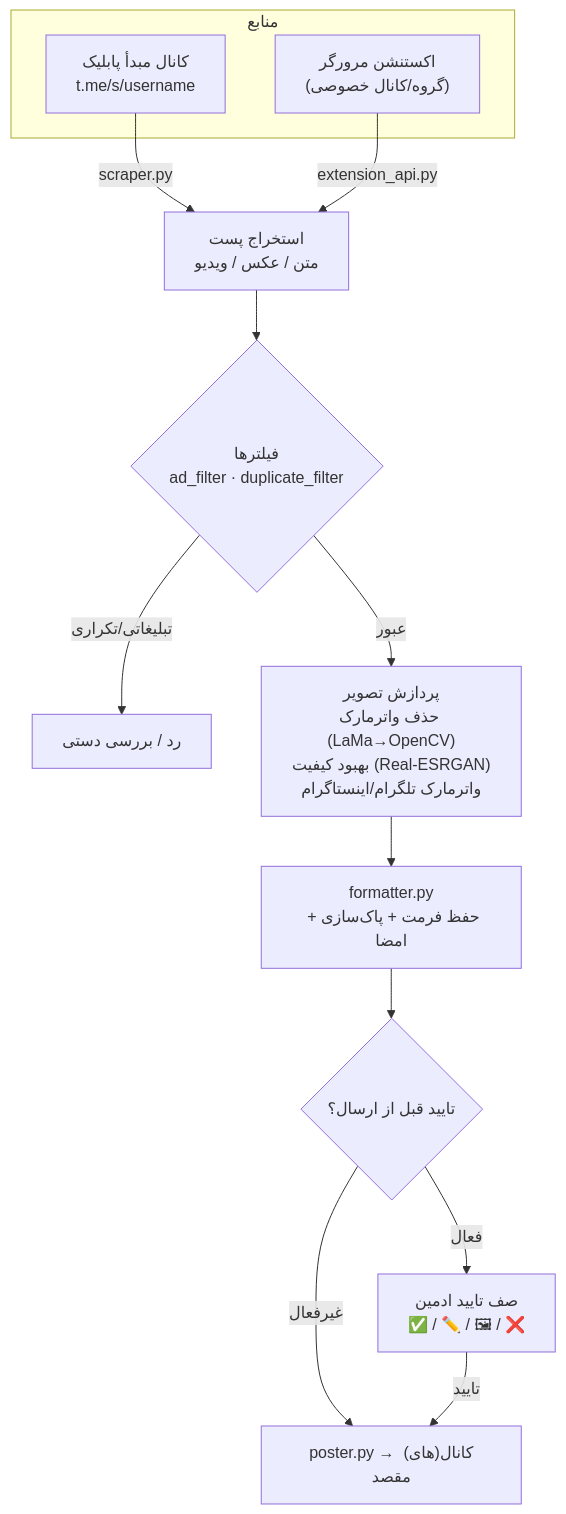
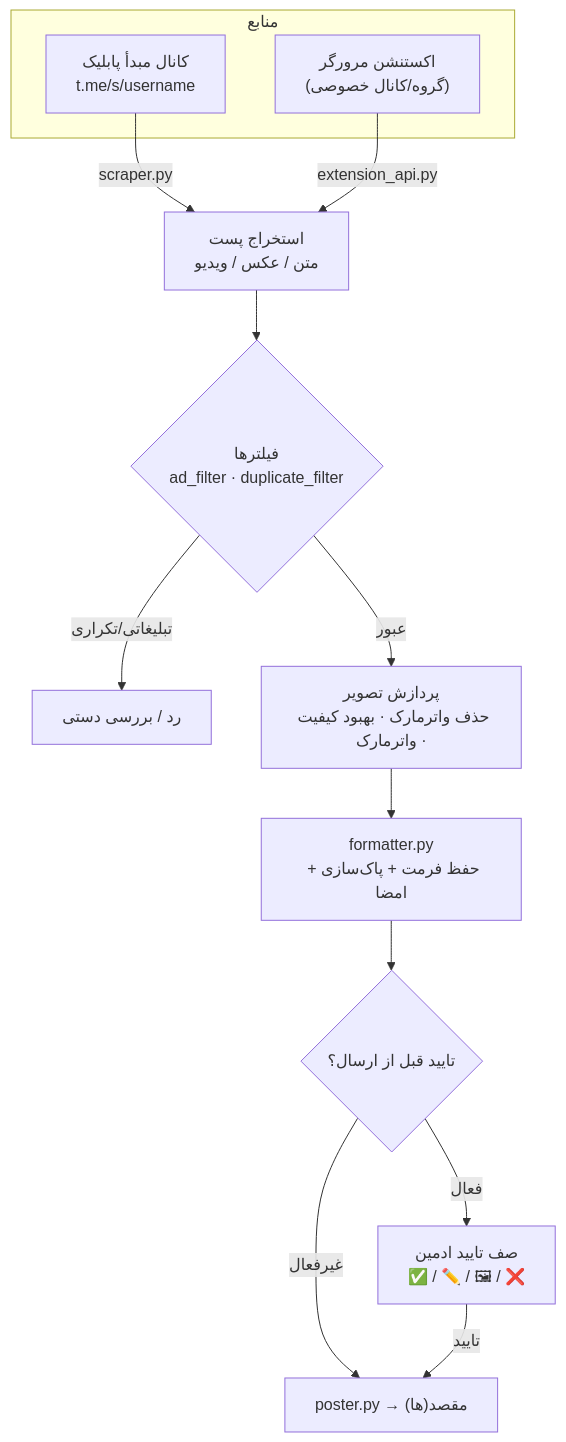
One commit to LiQTeam/telegram-repost changed the diagram in README.fa.md. Above: the diagram before and after it, drawn with Mermaid. The commit also changed other lines of this file and 7 other files, not shown here.

````diff
--- a/README.fa.md
+++ b/README.fa.md
@@ -129,17 +128,17 @@
 ```mermaid
 flowchart TD
     subgraph SRC["منابع"]
         A["کانال مبدأ پابلیک<br/>t.me/s/username"]
         EXT["اکستنشن مرورگر<br/>(گروه/کانال خصوصی)"]
     end
     A -->|scraper.py| P["استخراج پست<br/>متن / عکس / ویدیو"]
     EXT -->|extension_api.py| P
     P --> F{"فیلترها<br/>ad_filter · duplicate_filter"}
     F -->|تبلیغاتی/تکراری| X["رد / بررسی دستی"]
-    F -->|عبور| IMG["پردازش تصویر<br/>حذف واترمارک (LaMa→OpenCV)<br/>بهبود کیفیت (Real-ESRGAN)<br/>واترمارک تلگرام/اینستاگرام"]
+    F -->|عبور| IMG["پردازش تصویر<br/>حذف واترمارک · بهبود کیفیت · واترمارک"]
     IMG --> FMT["formatter.py<br/>حفظ فرمت + پاک‌سازی + امضا"]
     FMT --> Q{"تایید قبل از ارسال؟"}
     Q -->|فعال| REV["صف تایید ادمین<br/>✅ / ✏️ / 🖼 / ❌"]
-    Q -->|غیرفعال| OUT["poster.py → کانال(های) مقصد"]
+    Q -->|غیرفعال| OUT["poster.py → مقصد(ها)"]
     REV -->|تایید| OUT
 ```
````
